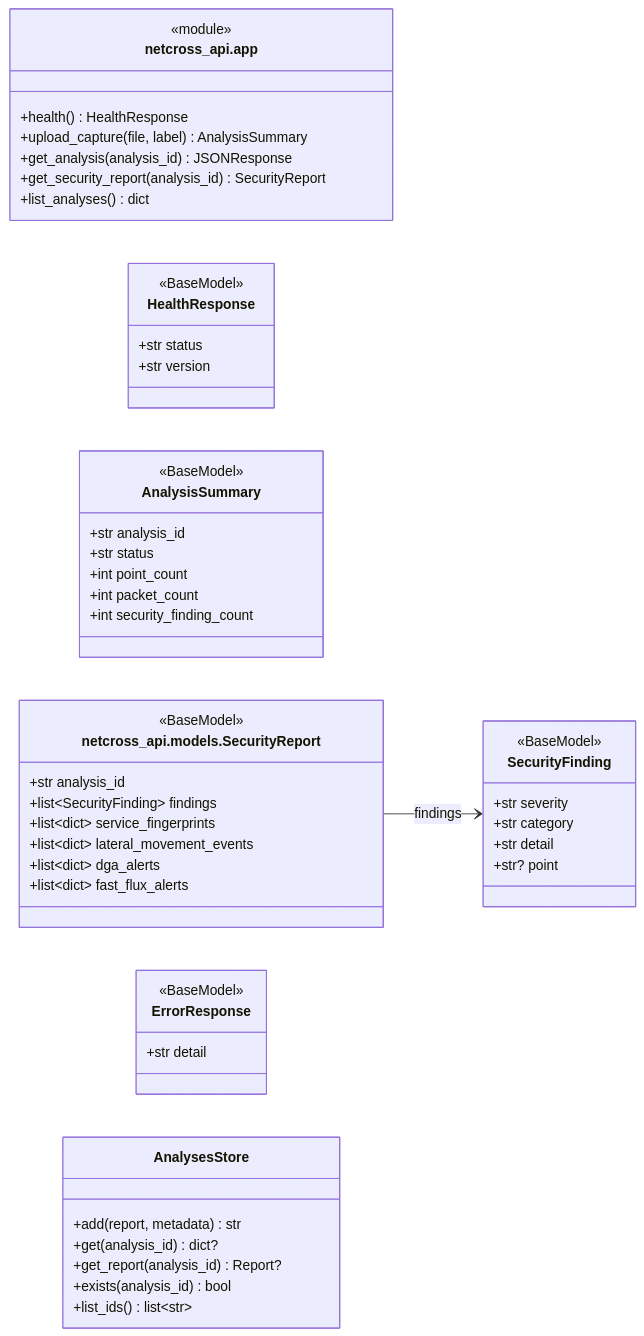
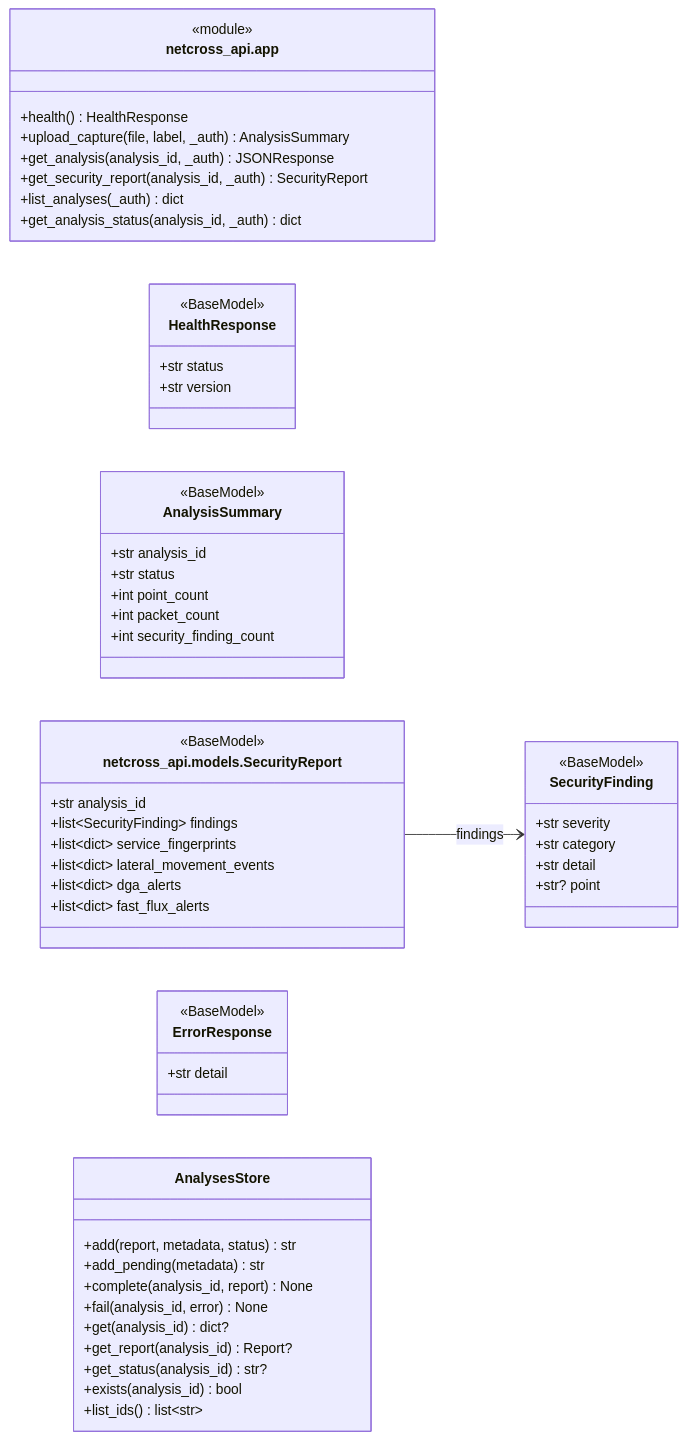
Diagram 17 of 19 in docs/class-diagram.md (MathildeDec/Netcross), drawn with Mermaid before and after one commit. The commit also changed other lines of this file, not shown here.

Commit message:
chore: regenerate class diagram for CI

````diff
--- a/docs/class-diagram.md
+++ b/docs/class-diagram.md
@@ -3559,61 +3559,66 @@
 ```mermaid
 classDiagram
     direction LR
 
     %% ===== netcross_api.app =====
     class mod_netcross_api_app["netcross_api.app"] {
         <<module>>
         +health() HealthResponse
-        +upload_capture(file, label) AnalysisSummary
-        +get_analysis(analysis_id) JSONResponse
-        +get_security_report(analysis_id) SecurityReport
-        +list_analyses() dict
+        +upload_capture(file, label, _auth) AnalysisSummary
+        +get_analysis(analysis_id, _auth) JSONResponse
+        +get_security_report(analysis_id, _auth) SecurityReport
+        +list_analyses(_auth) dict
+        +get_analysis_status(analysis_id, _auth) dict
     }
 
     %% ===== netcross_api.models =====
     class HealthResponse {
         <<BaseModel>>
         +str status
         +str version
     }
     class AnalysisSummary {
         <<BaseModel>>
         +str analysis_id
         +str status
         +int point_count
         +int packet_count
         +int security_finding_count
     }
     class SecurityFinding {
         <<BaseModel>>
         +str severity
         +str category
         +str detail
         +str? point
     }
     class netcross_api_models_SecurityReport["netcross_api.models.SecurityReport"] {
         <<BaseModel>>
         +str analysis_id
         +list~SecurityFinding~ findings
         +list~dict~ service_fingerprints
         +list~dict~ lateral_movement_events
         +list~dict~ dga_alerts
         +list~dict~ fast_flux_alerts
     }
     class ErrorResponse {
         <<BaseModel>>
         +str detail
     }
 
     %% ===== netcross_api.store =====
     class AnalysesStore {
-        +add(report, metadata) str
+        +add(report, metadata, status) str
+        +add_pending(metadata) str
+        +complete(analysis_id, report) None
+        +fail(analysis_id, error) None
         +get(analysis_id) dict?
         +get_report(analysis_id) Report?
+        +get_status(analysis_id) str?
         +exists(analysis_id) bool
         +list_ids() list~str~
     }
 
     %% ===== relations =====
     netcross_api_models_SecurityReport --> SecurityFinding : findings
 ```
````
